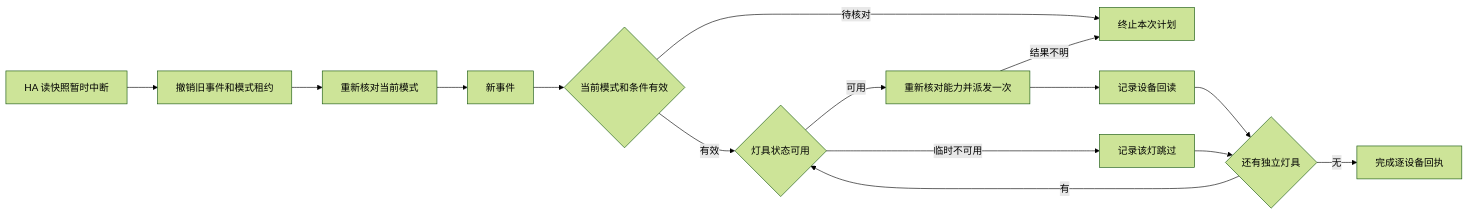
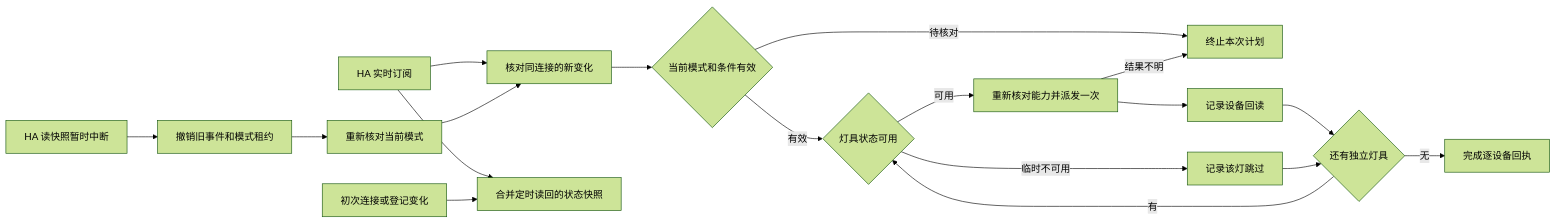
The second of 36 diagrams in docs/architecture.md (Geeprox/Friday), drawn with Mermaid (forest theme) before and after one commit. The commit also changed other lines of this file and 5 other files, not shown here.

````diff
--- a/docs/architecture.md
+++ b/docs/architecture.md
@@ -46,17 +48,20 @@
 ```mermaid
 flowchart LR
-  A[新事件] --> B{当前模式和条件有效}
+  W[HA 实时订阅] --> A[核对同连接的新变化]
+  A --> B{当前模式和条件有效}
+  W --> V[合并定时读回的状态快照]
+  T[初次连接或登记变化] --> V
   B -->|有效| C{灯具状态可用}
   B -->|待核对| D[终止本次计划]
   C -->|可用| E[重新核对能力并派发一次]
   C -->|临时不可用| F[记录该灯跳过]
   E --> G[记录设备回读]
   E -->|结果不明| D
   G --> K{还有独立灯具}
   F --> K
   K -->|有| C
   K -->|无| L[完成逐设备回执]
   H[HA 读快照暂时中断] --> I[撤销旧事件和模式租约]
   I --> J[重新核对当前模式]
   J --> A
 ```
````
